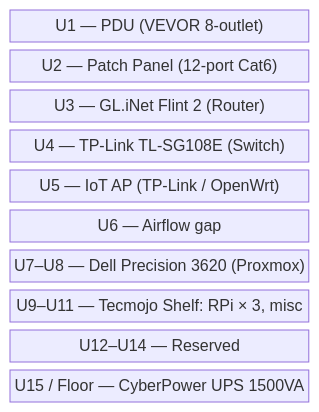
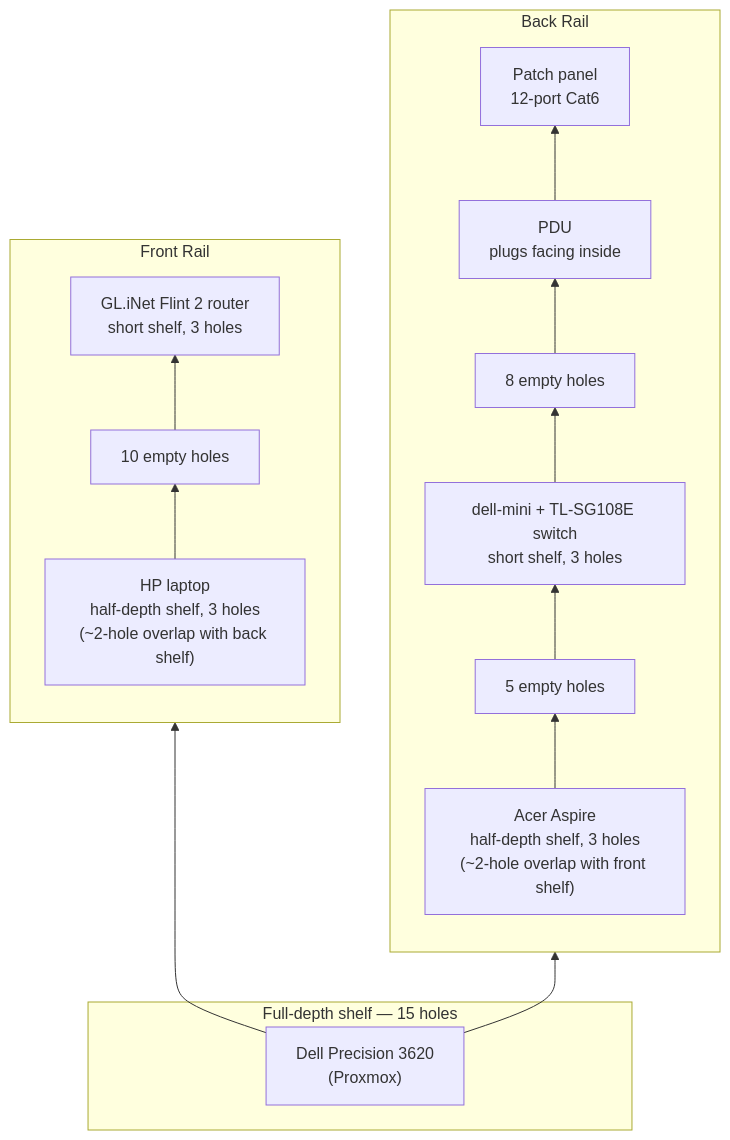
Before and after one commit to sethbarrett50/home_lab_docs: the diagram in docs/physical/rack-layout.md, drawn with Mermaid. The commit also changed other lines of this file and 1 other file, not shown here.

````diff
--- a/docs/physical/rack-layout.md
+++ b/docs/physical/rack-layout.md
@@ -30,14 +45,23 @@
 ```mermaid
-block-beta
-  columns 1
-  PDU["U1 — PDU (VEVOR 8-outlet)"]
-  Patch["U2 — Patch Panel (12-port Cat6)"]
-  Router["U3 — GL.iNet Flint 2 (Router)"]
-  Switch["U4 — TP-Link TL-SG108E (Switch)"]
-  IoTAP["U5 — IoT AP (TP-Link / OpenWrt)"]
-  Gap["U6 — Airflow gap"]
-  Dell["U7–U8 — Dell Precision 3620 (Proxmox)"]
-  Shelf["U9–U11 — Tecmojo Shelf: RPi × 3, misc"]
-  Reserved["U12–U14 — Reserved"]
-  UPS["U15 / Floor — CyberPower UPS 1500VA"]
+flowchart BT
+    subgraph Shared["Full-depth shelf — 15 holes"]
+        PVE["Dell Precision 3620\n(Proxmox)"]
+    end
+
+    subgraph Back["Back Rail"]
+        direction BT
+        PVE --> ACER["Acer Aspire\nhalf-depth shelf, 3 holes\n(~2-hole overlap with front shelf)"]
+        ACER --> BE1["5 empty holes"]
+        BE1 --> DM["dell-mini + TL-SG108E switch\nshort shelf, 3 holes"]
+        DM --> BE2["8 empty holes"]
+        BE2 --> PDU["PDU\nplugs facing inside"]
+        PDU --> PATCH["Patch panel\n12-port Cat6"]
+    end
+
+    subgraph Front["Front Rail"]
+        direction BT
+        PVE --> HP["HP laptop\nhalf-depth shelf, 3 holes\n(~2-hole overlap with back shelf)"]
+        HP --> FE1["10 empty holes"]
+        FE1 --> GL["GL.iNet Flint 2 router\nshort shelf, 3 holes"]
+    end
 ```
````
